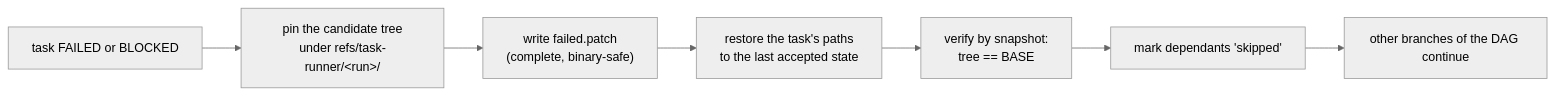
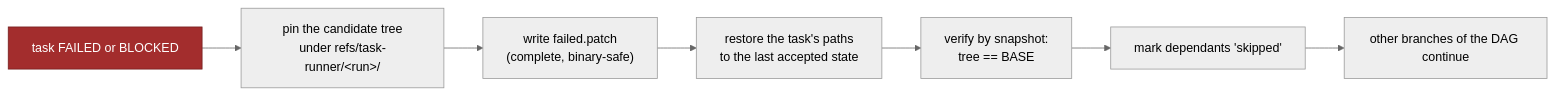
Before and after one commit to miavenet/mv-aipp101-starter: the fourth of 4 diagrams in task_runner/docs/tutorial/02-a-task-end-to-end.md, drawn with Mermaid (neutral theme). The commit also changed other lines of this file and 6 other files, not shown here.

````diff
--- a/task_runner/docs/tutorial/02-a-task-end-to-end.md
+++ b/task_runner/docs/tutorial/02-a-task-end-to-end.md
@@ -140,9 +158,12 @@
 ```mermaid
 flowchart LR
     F["task FAILED or BLOCKED"] --> P1["pin the candidate tree<br/>under refs/task-runner/&lt;run&gt;/"]
     P1 --> P2["write failed.patch<br/>(complete, binary-safe)"]
     P2 --> P3["restore the task's paths<br/>to the last accepted state"]
     P3 --> P4["verify by snapshot:<br/>tree == BASE"]
     P4 --> P5["mark dependants 'skipped'"]
     P5 --> P6["other branches of the DAG continue"]
+
+    classDef stop fill:#a32d2d,stroke:#741f1f,color:#ffffff
+    class F stop
 ```
````
